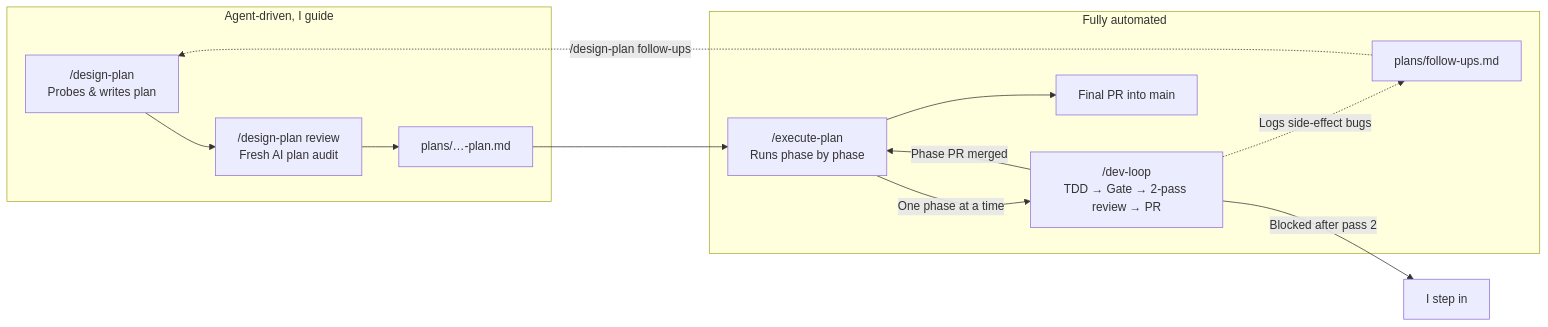
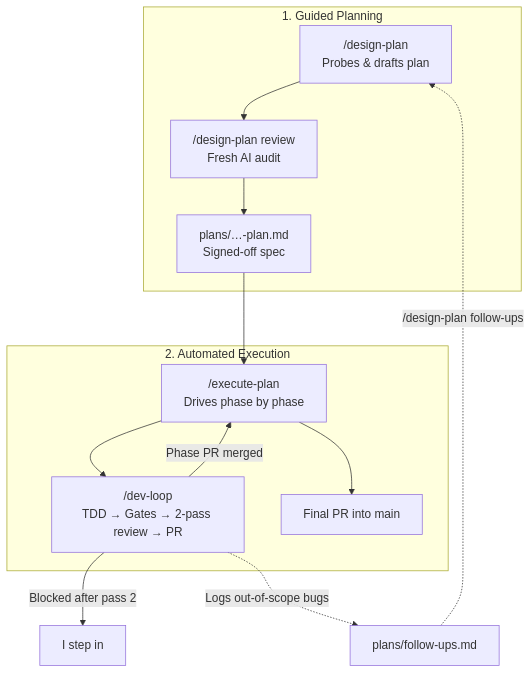
The first of 2 diagrams in app/data/blog/2026-11-07-bootstrap-loop-and-gofront-1-9.md (seriva/website), drawn with Mermaid before and after one commit. The commit also changed other lines of this file, not shown here.

First line of the commit message:
docs(blog): simplify Bootstrap post and cover both follow-up plans

````diff
--- a/app/data/blog/2026-11-07-bootstrap-loop-and-gofront-1-9.md
+++ b/app/data/blog/2026-11-07-bootstrap-loop-and-gofront-1-9.md
@@ -14,17 +12,18 @@
 ```mermaid
-flowchart LR
-    subgraph Manual["Agent-driven, I guide"]
-        DP["/design-plan<br/>Probes & writes plan"] --> DPreview["/design-plan review<br/>Fresh AI plan audit"]
-        DPreview --> Plan["plans/…-plan.md"]
+flowchart TD
+    subgraph Guide["1. Guided Planning"]
+        DP["/design-plan<br/>Probes & drafts plan"] --> DPreview["/design-plan review<br/>Fresh AI audit"]
+        DPreview --> Plan["plans/…-plan.md<br/>Signed-off spec"]
     end
-    subgraph Auto["Fully automated"]
-        EP["/execute-plan<br/>Runs phase by phase"]
-        EP -->|"One phase at a time"| DL["/dev-loop<br/>TDD → Gate → 2-pass review → PR"]
+
+    subgraph Auto["2. Automated Execution"]
+        Plan --> EP["/execute-plan<br/>Drives phase by phase"]
+        EP --> DL["/dev-loop<br/>TDD → Gates → 2-pass review → PR"]
         DL -->|"Phase PR merged"| EP
-        DL -.->|"Logs side-effect bugs"| FU["plans/follow-ups.md"]
         EP --> Final["Final PR into main"]
     end
-    Plan --> EP
+
     DL -->|"Blocked after pass 2"| Me["I step in"]
+    DL -.->|"Logs out-of-scope bugs"| FU["plans/follow-ups.md"]
     FU -.->|"/design-plan follow-ups"| DP
 ```
````
